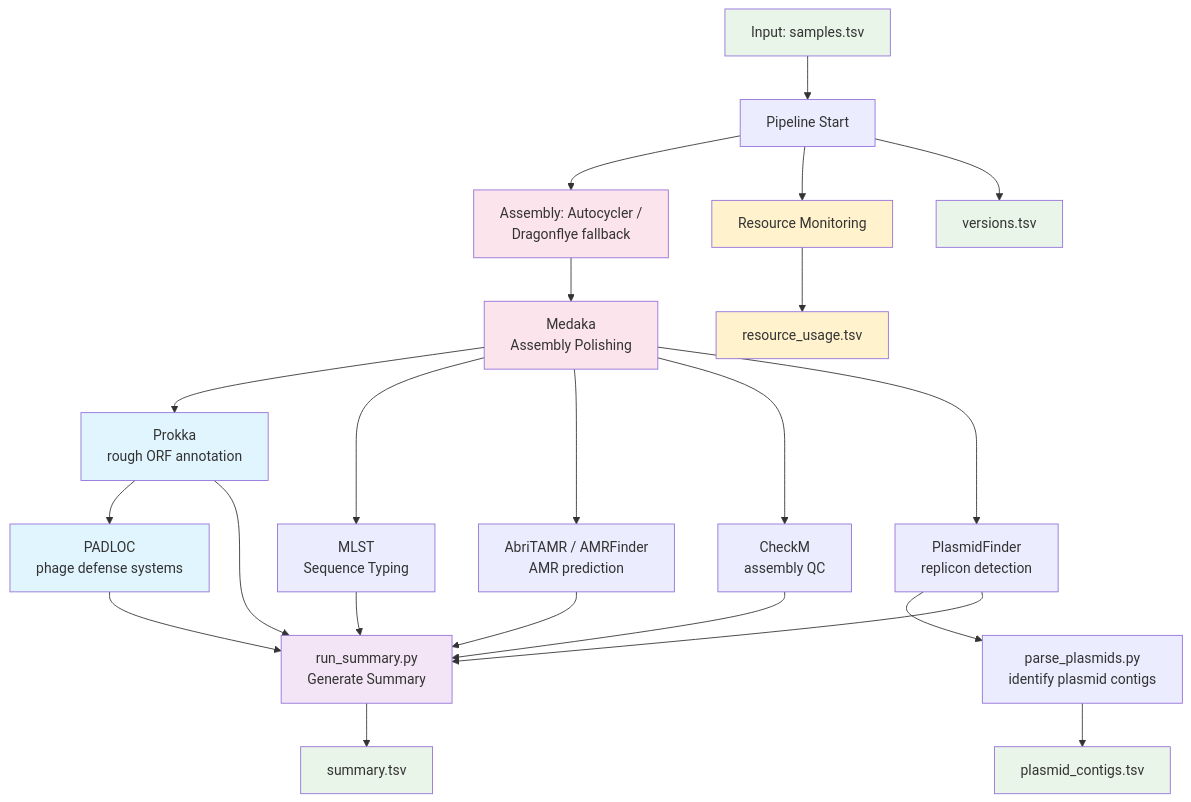
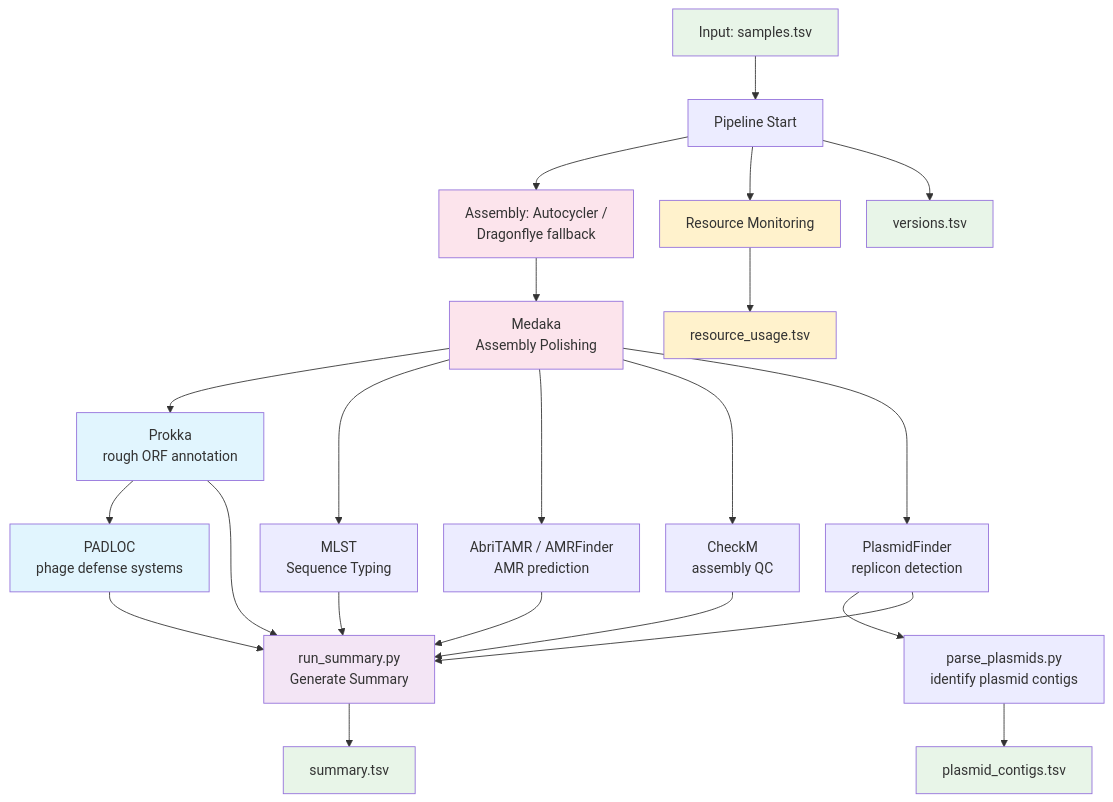
Before and after one commit to jenny-draper/bactopipe: the diagram in README.md, drawn with Mermaid. The commit also changed other lines of this file, not shown here.

````diff
--- a/README.md
+++ b/README.md
@@ -92,41 +92,48 @@
 ```mermaid
+%%{init: {
+  'flowchart': {
+    'nodeSpacing': 30,
+    'rankSpacing': 50,
+    'curve': 'basis'
+  }
+}}%%
 flowchart TD
     A[Input: samples.tsv] --> B[Pipeline Start]
     B --> C[Assembly: Autocycler /<br/> Dragonflye fallback]
     C --> D[Medaka <br/>Assembly Polishing]
     
     D --> E[Prokka <br/>rough ORF annotation]
     D --> F[MLST <br/>Sequence Typing]
     D --> G[AbriTAMR / AMRFinder <br/>AMR prediction]
     D --> H[CheckM <br/>assembly QC]
     D --> I[PlasmidFinder <br/>replicon detection]
 
     E --> J[PADLOC </br> phage defense systems]
     I --> K[parse_plasmids.py <br/> identify plasmid contigs]
 
     E --> L[run_summary.py <br/> Generate Summary]
     F --> L
     G --> L
     H --> L
     I --> L
     J --> L
 
     B --> N[Resource Monitoring]
     
     L --> P[summary.tsv]
     K --> Q[plasmid_contigs.tsv]
     B --> R[versions.tsv]
     N --> O[resource_usage.tsv]
 
     style A fill:#e8f5e8
     style C fill:#fce4ec
     style D fill:#fce4ec
     style E fill:#e1f5fe
     style J fill:#e1f5fe
     style L fill:#f3e5f5
     style P fill:#e8f5e8
     style Q fill:#e8f5e8
     style R fill:#e8f5e8
     style N fill:#fff2cc
     style O fill:#fff2cc
 ```
````
